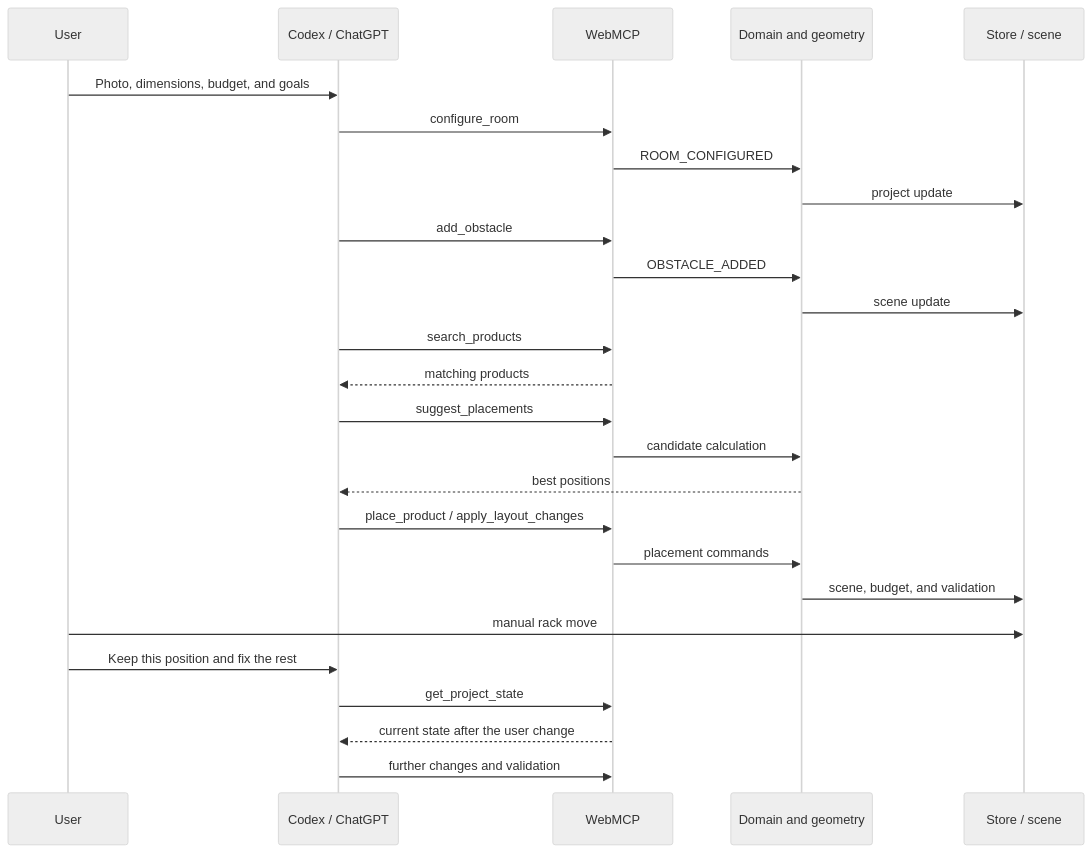
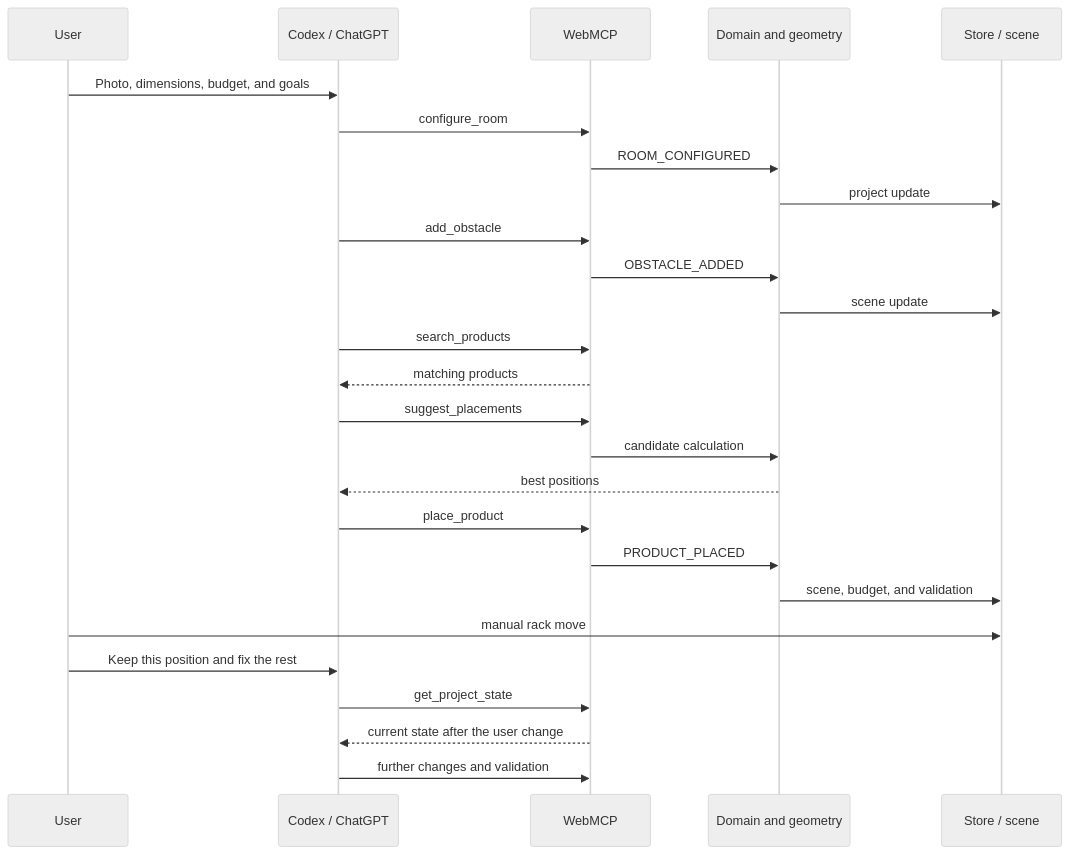
The second of 2 diagrams in docs/TECHNICAL_ARCHITECTURE.md (OskarWieckowicz/home-gym), drawn with Mermaid (neutral theme) before and after one commit. The commit also changed other lines of this file and 29 other files, not shown here.

````diff
--- a/docs/TECHNICAL_ARCHITECTURE.md
+++ b/docs/TECHNICAL_ARCHITECTURE.md
@@ -596,29 +596,29 @@
 ```mermaid
 sequenceDiagram
     participant U as User
     participant A as Codex / ChatGPT
     participant W as WebMCP
     participant D as Domain and geometry
     participant S as Store / scene
 
     U->>A: Photo, dimensions, budget, and goals
     A->>W: configure_room
     W->>D: ROOM_CONFIGURED
     D->>S: project update
     A->>W: add_obstacle
     W->>D: OBSTACLE_ADDED
     D->>S: scene update
     A->>W: search_products
     W-->>A: matching products
     A->>W: suggest_placements
     W->>D: candidate calculation
     D-->>A: best positions
-    A->>W: place_product / apply_layout_changes
-    W->>D: placement commands
+    A->>W: place_product
+    W->>D: PRODUCT_PLACED
     D->>S: scene, budget, and validation
     U->>S: manual rack move
     U->>A: Keep this position and fix the rest
     A->>W: get_project_state
     W-->>A: current state after the user change
     A->>W: further changes and validation
 ```
````
